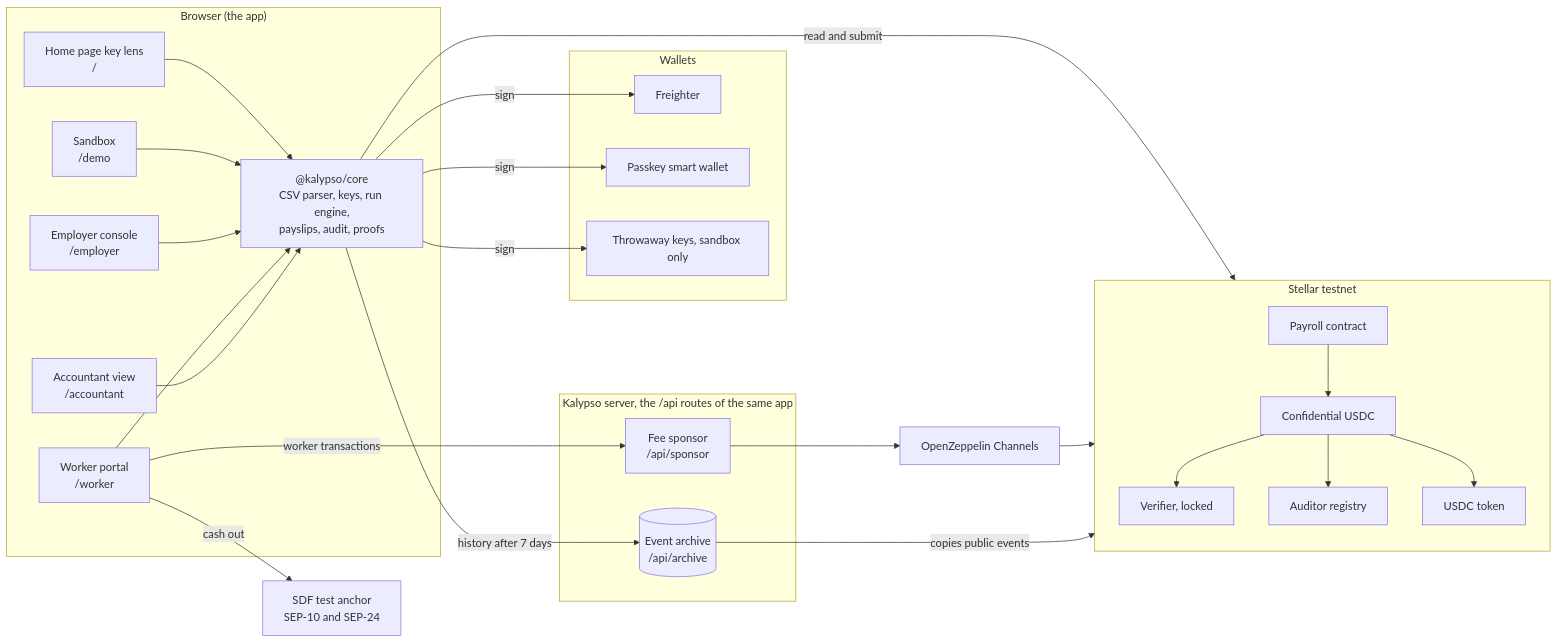
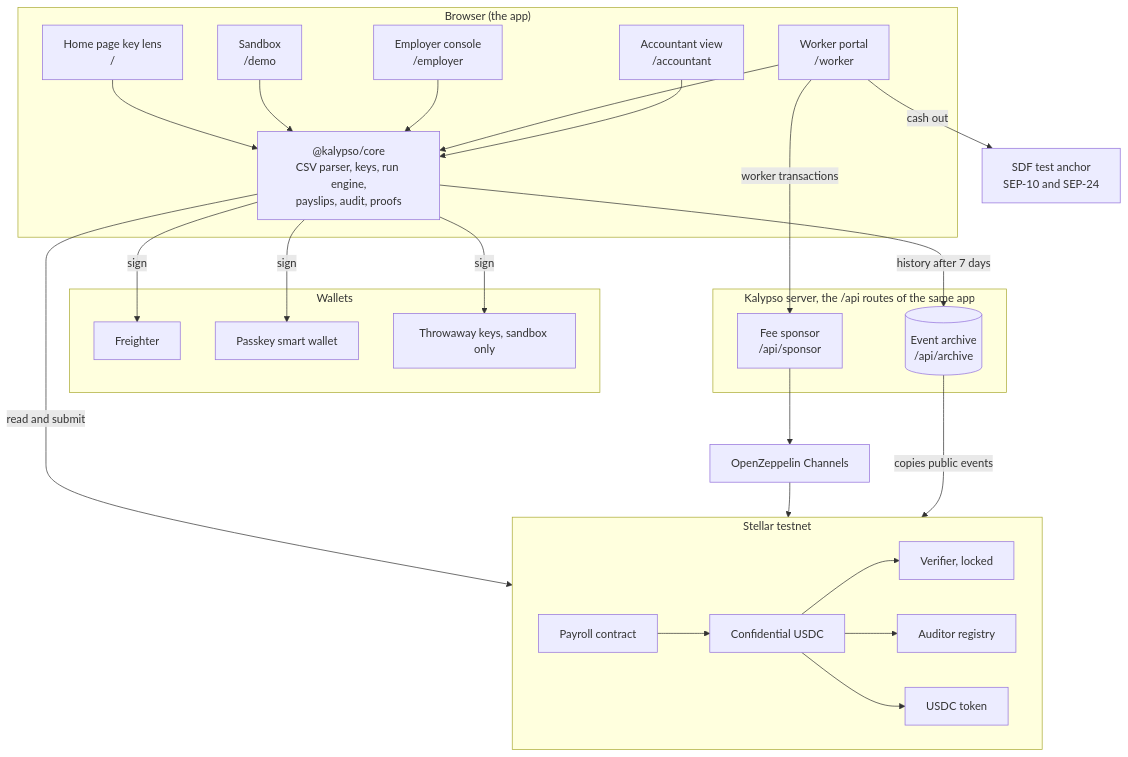
Before and after one commit to ramakrishnanhulk20/Kalypso: the first of 3 diagrams in ARCHITECTURE.md, drawn with Mermaid. The commit also changed 26 other files, not shown here.

````diff
--- a/ARCHITECTURE.md
+++ b/ARCHITECTURE.md
@@ -17,48 +17,48 @@
 ```mermaid
-flowchart LR
+flowchart TB
   subgraph Browser["Browser (the app)"]
     KL["Home page key lens<br/>/"]
     SB["Sandbox<br/>/demo"]
     EC["Employer console<br/>/employer"]
     WP["Worker portal<br/>/worker"]
     AV["Accountant view<br/>/accountant"]
     CORE["@kalypso/core<br/>CSV parser, keys, run engine,<br/>payslips, audit, proofs"]
   end
   subgraph Wallets
     FR[Freighter]
     PK[Passkey smart wallet]
     TW[Throwaway keys, sandbox only]
   end
   subgraph Server["Kalypso server, the /api routes of the same app"]
     SP["Fee sponsor<br/>/api/sponsor"]
     AR[("Event archive<br/>/api/archive")]
   end
   subgraph Stellar["Stellar testnet"]
     PAY[Payroll contract]
     TOK[Confidential USDC]
     VER[Verifier, locked]
     AUD[Auditor registry]
     USDC[USDC token]
   end
   CH[OpenZeppelin Channels]
   ANC[SDF test anchor<br/>SEP-10 and SEP-24]
 
   KL --> CORE
   SB --> CORE
   EC --> CORE
   WP --> CORE
   AV --> CORE
   CORE -- sign --> FR
   CORE -- sign --> PK
   CORE -- sign --> TW
   CORE -- read and submit --> Stellar
   WP -- worker transactions --> SP
   SP --> CH --> Stellar
   AR -- copies public events --> Stellar
   CORE -- history after 7 days --> AR
   PAY --> TOK
   TOK --> VER
   TOK --> AUD
   TOK --> USDC
   WP -- cash out --> ANC
 ```
````
